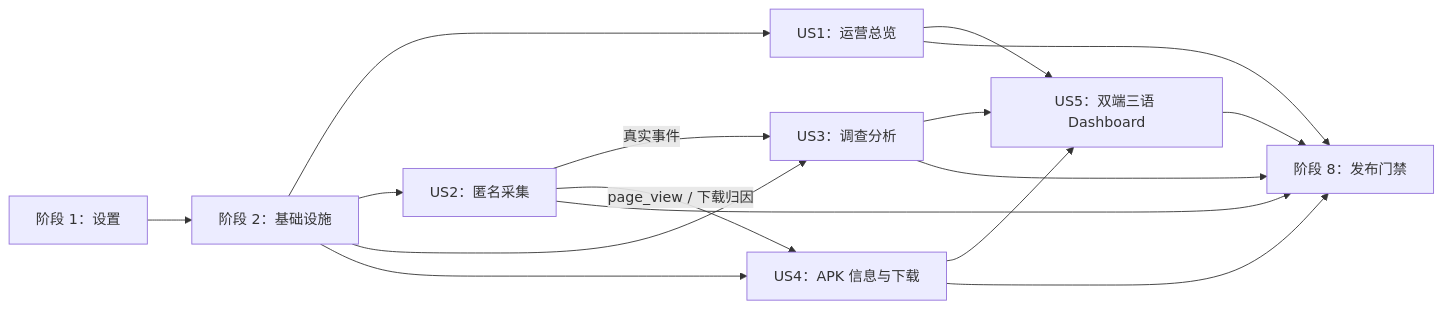
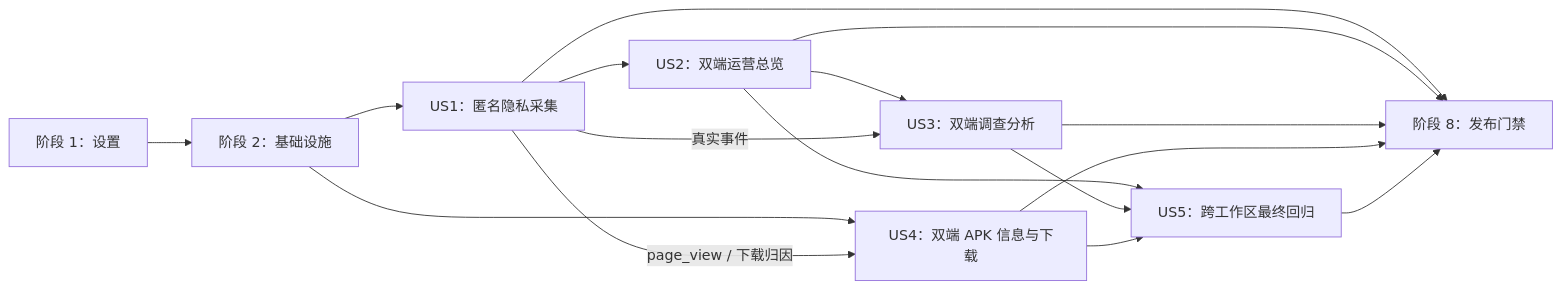
One commit to TianLanhe/BusIsComingWebsite changed the diagram in specs/010-website-analytics/tasks.md. Above: the diagram before and after it, drawn with Mermaid. The commit also changed other lines of this file and 5 other files, not shown here.

````diff
--- a/specs/010-website-analytics/tasks.md
+++ b/specs/010-website-analytics/tasks.md
@@ -278,18 +283,18 @@
 ```mermaid
 flowchart LR
     S1["阶段 1：设置"] --> S2["阶段 2：基础设施"]
-    S2 --> US1["US1：运营总览"]
-    S2 --> US2["US2：匿名采集"]
-    S2 --> US3["US3：调查分析"]
-    S2 --> US4["US4：APK 信息与下载"]
-    US2 -->|"真实事件"| US3
-    US2 -->|"page_view / 下载归因"| US4
-    US1 --> US5["US5：双端三语 Dashboard"]
+    S2 --> US1["US1：匿名隐私采集"]
+    US1 --> US2["US2：双端运营总览"]
+    US2 --> US3["US3：双端调查分析"]
+    S2 --> US4["US4：双端 APK 信息与下载"]
+    US1 -->|"真实事件"| US3
+    US1 -->|"page_view / 下载归因"| US4
+    US2 --> US5["US5：跨工作区最终回归"]
     US3 --> US5
     US4 --> US5
     US1 --> FIN["阶段 8：发布门禁"]
     US2 --> FIN
     US3 --> FIN
     US4 --> FIN
     US5 --> FIN
 ```
````
